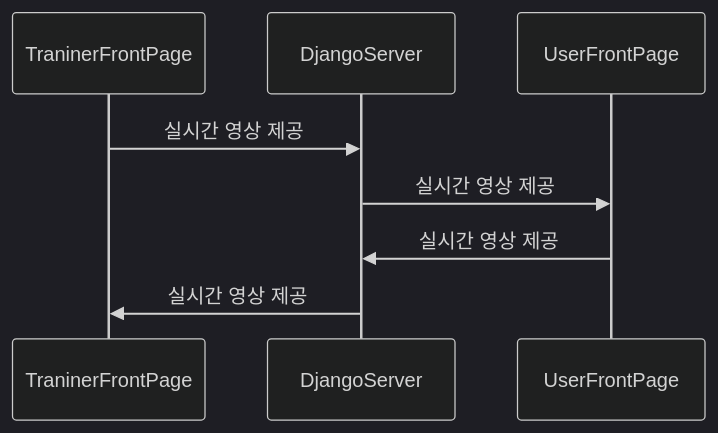
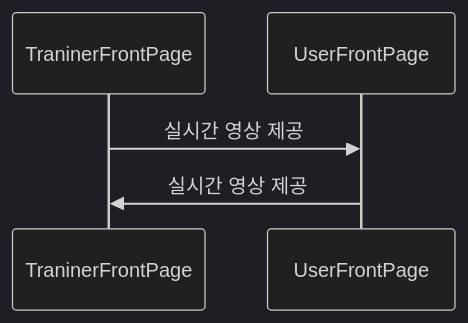
One commit to hyejiny/camfit changed the seventh of 7 diagrams in 기획/기능별 시퀀스다이어그램.md. Above: the diagram before and after it, drawn with Mermaid (dark theme). The commit also changed other lines of this file and 23 other files, not shown here.

Commit message:
0408 modify squence diagram

````diff
--- a/기획/기능별 시퀀스다이어그램.md
+++ b/기획/기능별 시퀀스다이어그램.md
@@ -162,11 +117,8 @@
 ```mermaid
 sequenceDiagram
 
-TraninerFrontPage ->> DjangoServer : 실시간 영상 제공
-DjangoServer ->> UserFrontPage : 실시간 영상 제공
-UserFrontPage ->> DjangoServer : 실시간 영상 제공
-DjangoServer ->> TraninerFrontPage : 실시간 영상 제공
-
+TraninerFrontPage ->> UserFrontPage : 실시간 영상 제공
+UserFrontPage ->> TraninerFrontPage : 실시간 영상 제공
 
 
 ```
````
